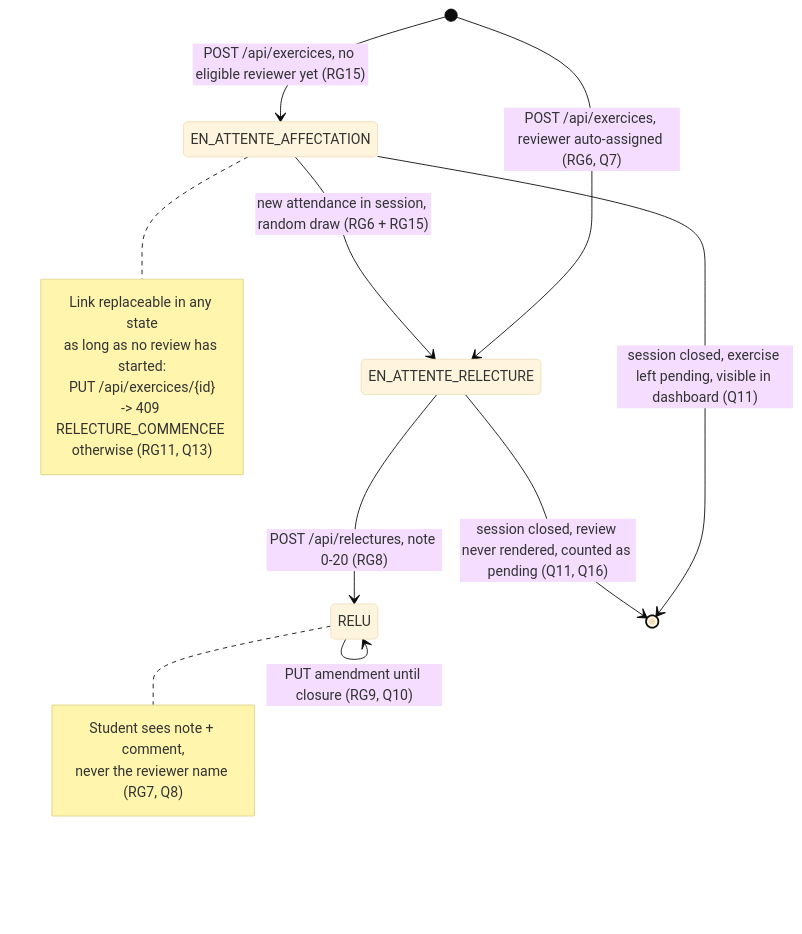
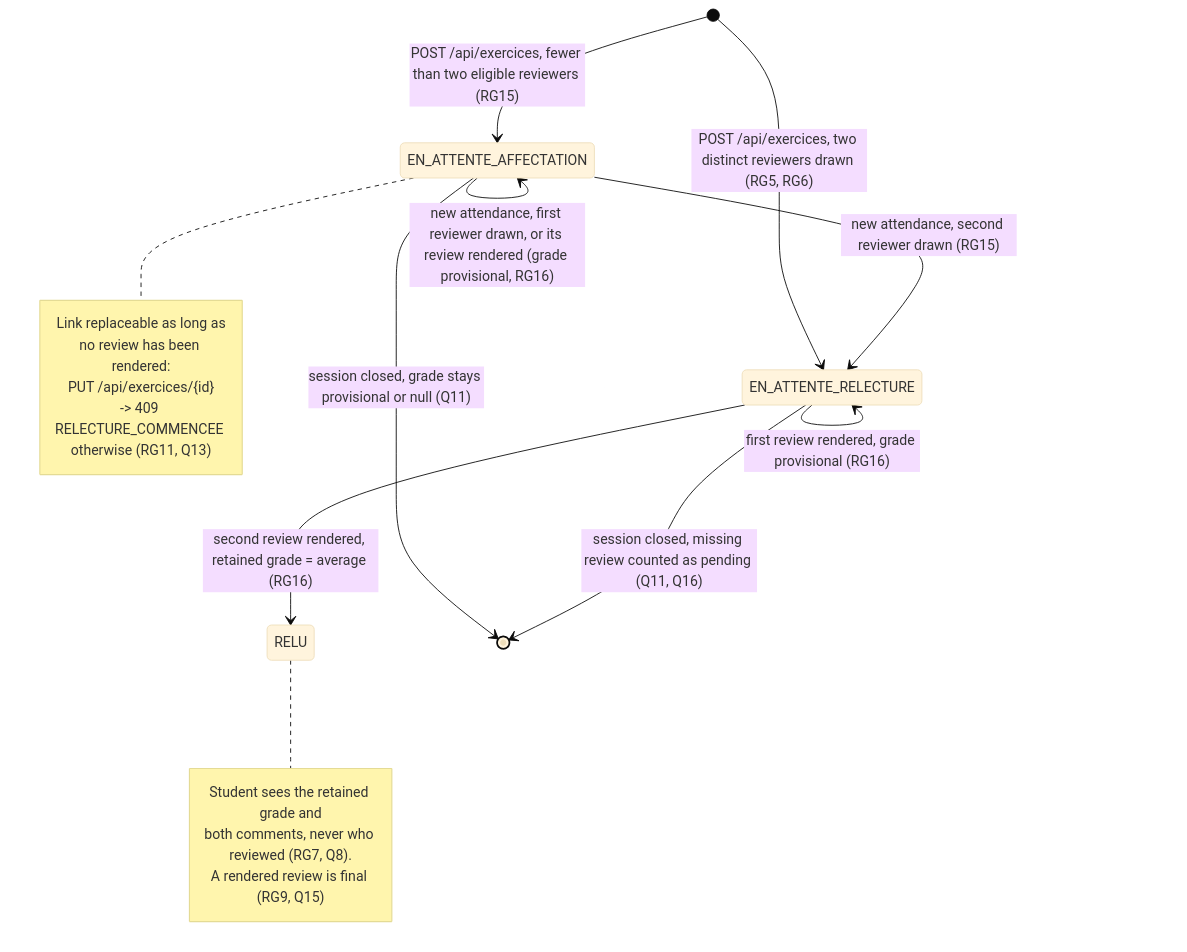
The diagram in docs/diagrammes/D4-exercice-etats.md (ulruchdev/-kfokam48-epreuve-259), drawn with Mermaid (base theme) before and after one commit. The commit also changed other lines of this file and 4 other files, not shown here.

First line of the commit message:
docs(analysis): consequence of the step-3 change of need — two reviewers per exercise

````diff
--- a/docs/diagrammes/D4-exercice-etats.md
+++ b/docs/diagrammes/D4-exercice-etats.md
@@ -6,25 +6,27 @@
 ```mermaid
 stateDiagram-v2
-    [*] --> EN_ATTENTE_AFFECTATION : POST /api/exercices, no eligible reviewer yet (RG15)
-    [*] --> EN_ATTENTE_RELECTURE : POST /api/exercices, reviewer auto-assigned (RG6, Q7)
+    [*] --> EN_ATTENTE_AFFECTATION : POST /api/exercices, fewer than two eligible reviewers (RG15)
+    [*] --> EN_ATTENTE_RELECTURE : POST /api/exercices, two distinct reviewers drawn (RG5, RG6)
 
-    EN_ATTENTE_AFFECTATION --> EN_ATTENTE_RELECTURE : new attendance in session, random draw (RG6 + RG15)
+    EN_ATTENTE_AFFECTATION --> EN_ATTENTE_AFFECTATION : new attendance, first reviewer drawn, or its review rendered (grade provisional, RG16)
+    EN_ATTENTE_AFFECTATION --> EN_ATTENTE_RELECTURE : new attendance, second reviewer drawn (RG15)
 
-    EN_ATTENTE_RELECTURE --> RELU : POST /api/relectures, note 0-20 (RG8)
-    RELU --> RELU : PUT amendment until closure (RG9, Q10)
+    EN_ATTENTE_RELECTURE --> EN_ATTENTE_RELECTURE : first review rendered, grade provisional (RG16)
+    EN_ATTENTE_RELECTURE --> RELU : second review rendered, retained grade = average (RG16)
 
-    EN_ATTENTE_AFFECTATION --> [*] : session closed, exercise left pending, visible in dashboard (Q11)
-    EN_ATTENTE_RELECTURE --> [*] : session closed, review never rendered, counted as pending (Q11, Q16)
+    EN_ATTENTE_AFFECTATION --> [*] : session closed, grade stays provisional or null (Q11)
+    EN_ATTENTE_RELECTURE --> [*] : session closed, missing review counted as pending (Q11, Q16)
 
     note right of EN_ATTENTE_AFFECTATION
-        Link replaceable in any state
-        as long as no review has started:
+        Link replaceable as long as
+        no review has been rendered:
         PUT /api/exercices/{id}
         -> 409 RELECTURE_COMMENCEE otherwise (RG11, Q13)
     end note
 
     note right of RELU
-        Student sees note + comment,
-        never the reviewer name (RG7, Q8)
+        Student sees the retained grade and
+        both comments, never who reviewed (RG7, Q8).
+        A rendered review is final (RG9, Q15)
     end note
 ```
````
